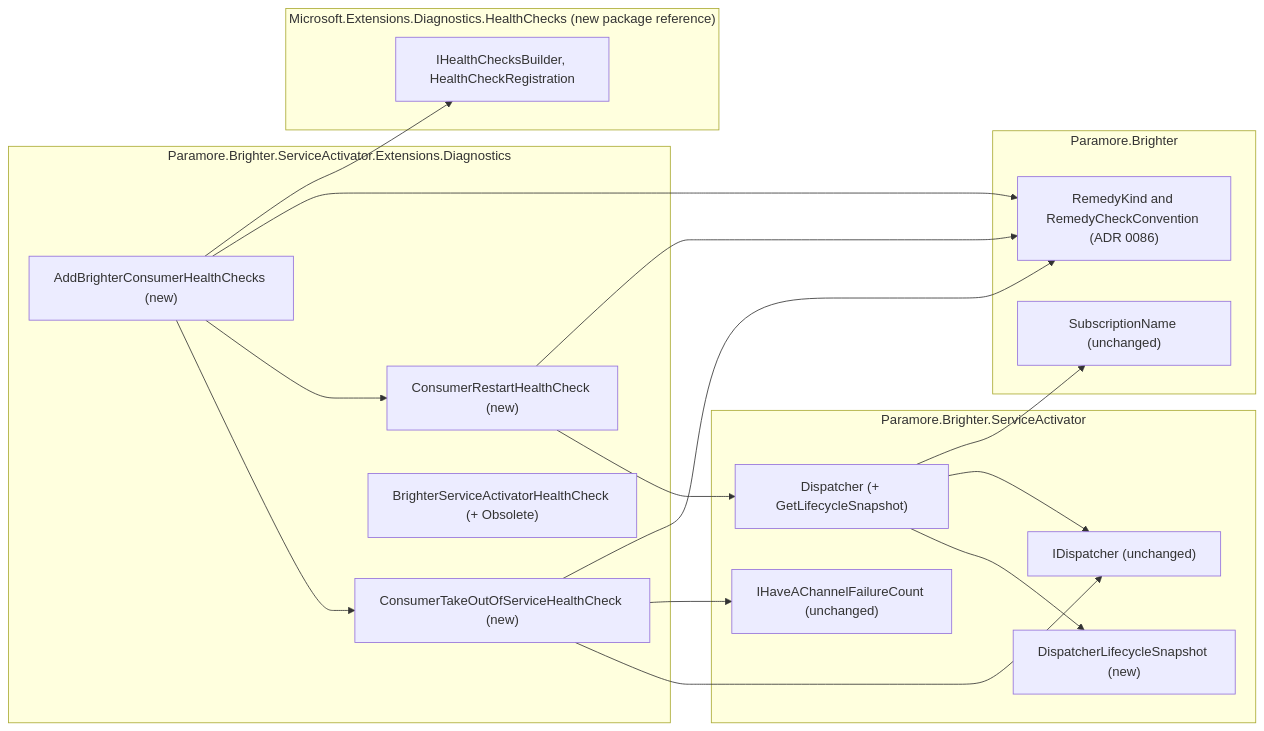
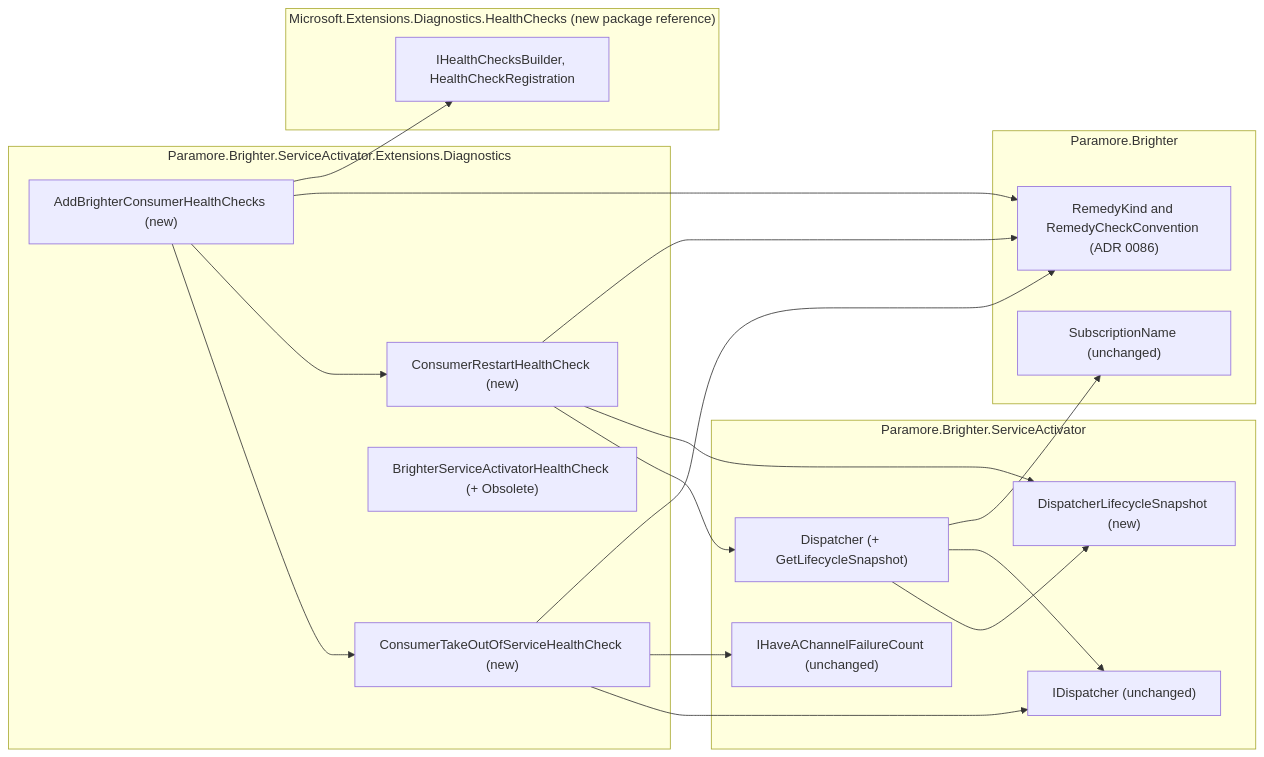
One commit to BrighterCommand/Brighter changed the second of 2 diagrams in docs/adr/0087-consumer-remedy-health-checks.md. Above: the diagram before and after it, drawn with Mermaid. The commit also changed other lines of this file and 4 other files, not shown here.

````diff
--- a/docs/adr/0087-consumer-remedy-health-checks.md
+++ b/docs/adr/0087-consumer-remedy-health-checks.md
@@ -173,34 +174,35 @@
 ```mermaid
 flowchart LR
     subgraph Core["Paramore.Brighter"]
         Conv["RemedyKind and RemedyCheckConvention (ADR 0086)"]
         SN["SubscriptionName (unchanged)"]
     end
     subgraph SA["Paramore.Brighter.ServiceActivator"]
         D["Dispatcher (+ GetLifecycleSnapshot)"]
         LS["DispatcherLifecycleSnapshot (new)"]
         D --> LS
         ID["IDispatcher (unchanged)"]
         FC["IHaveAChannelFailureCount (unchanged)"]
         D --> ID
         D --> SN
     end
     subgraph SAD["Paramore.Brighter.ServiceActivator.Extensions.Diagnostics"]
         Ext["AddBrighterConsumerHealthChecks (new)"]
         TOS["ConsumerTakeOutOfServiceHealthCheck (new)"]
         RS["ConsumerRestartHealthCheck (new)"]
         Old["BrighterServiceActivatorHealthCheck (+ Obsolete)"]
         Ext --> TOS
         Ext --> RS
         TOS --> ID
         TOS --> FC
         RS --> D
+        RS --> LS
         TOS --> Conv
         RS --> Conv
         Ext --> Conv
     end
     subgraph HC["Microsoft.Extensions.Diagnostics.HealthChecks (new package reference)"]
         Builder["IHealthChecksBuilder, HealthCheckRegistration"]
     end
     Ext --> Builder
 ```
````
